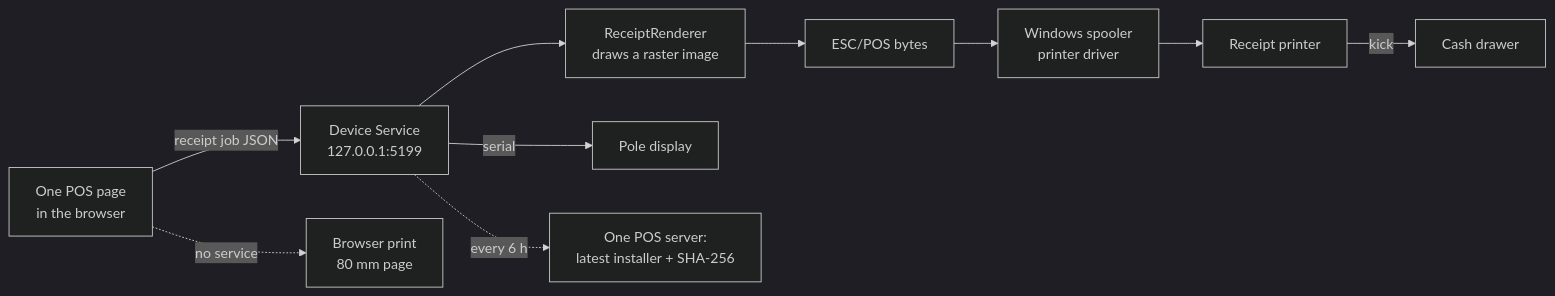
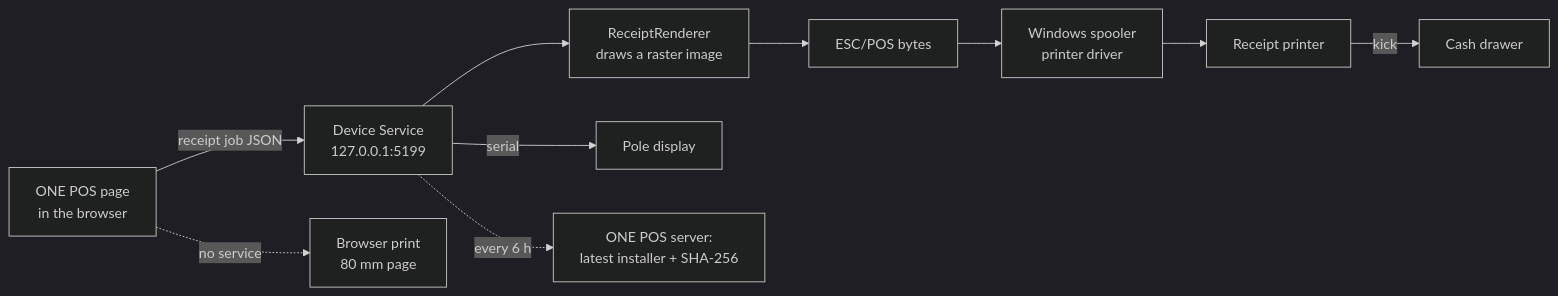
The diagram in docs/05-device-service.md (aws-dushan/aws_pos), drawn with Mermaid (dark theme) before and after one commit. The commit also changed other lines of this file and 70 other files, not shown here.

Commit message:
Name shown everywhere as ONE POS (screens, receipts, emails, Device Service, docs); FACTS references unchanged

````diff
--- a/docs/05-device-service.md
+++ b/docs/05-device-service.md
@@ -6,12 +6,12 @@
 ```mermaid
 flowchart LR
-  W[One POS page<br/>in the browser] -- receipt job JSON --> D[Device Service<br/>127.0.0.1:5199]
+  W[ONE POS page<br/>in the browser] -- receipt job JSON --> D[Device Service<br/>127.0.0.1:5199]
   D --> R[ReceiptRenderer<br/>draws a raster image]
   R --> E[ESC/POS bytes]
   E --> SP[Windows spooler<br/>printer driver]
   SP --> P[Receipt printer]
   P -- kick --> DR[Cash drawer]
   D -- serial --> PD[Pole display]
   W -. no service .-> BP[Browser print<br/>80 mm page]
-  D -. every 6 h .-> S[One POS server:<br/>latest installer + SHA-256]
+  D -. every 6 h .-> S[ONE POS server:<br/>latest installer + SHA-256]
 ```
````
